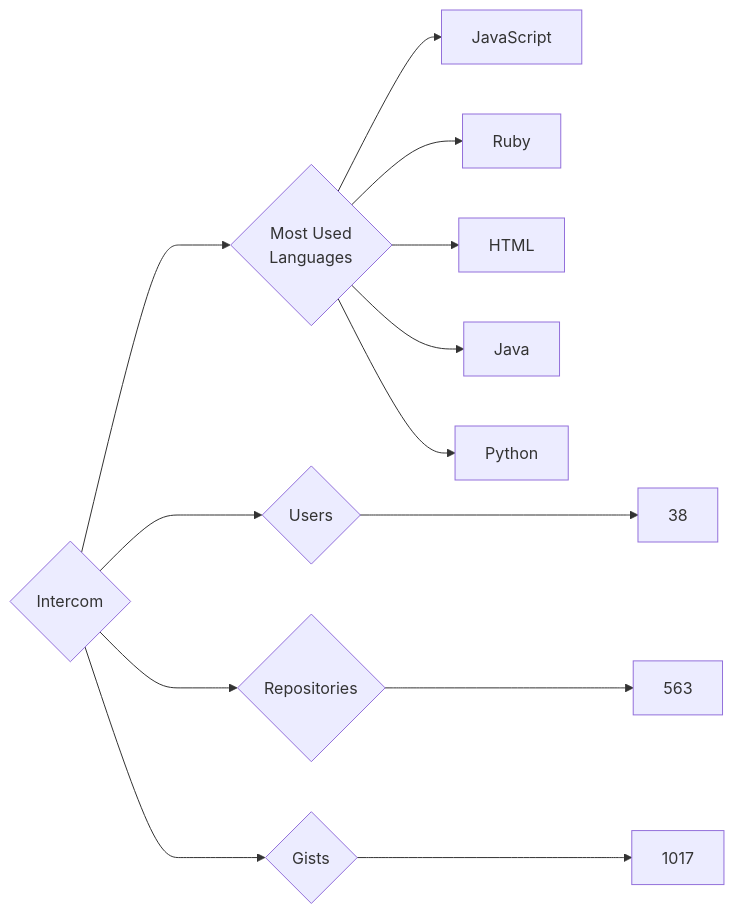
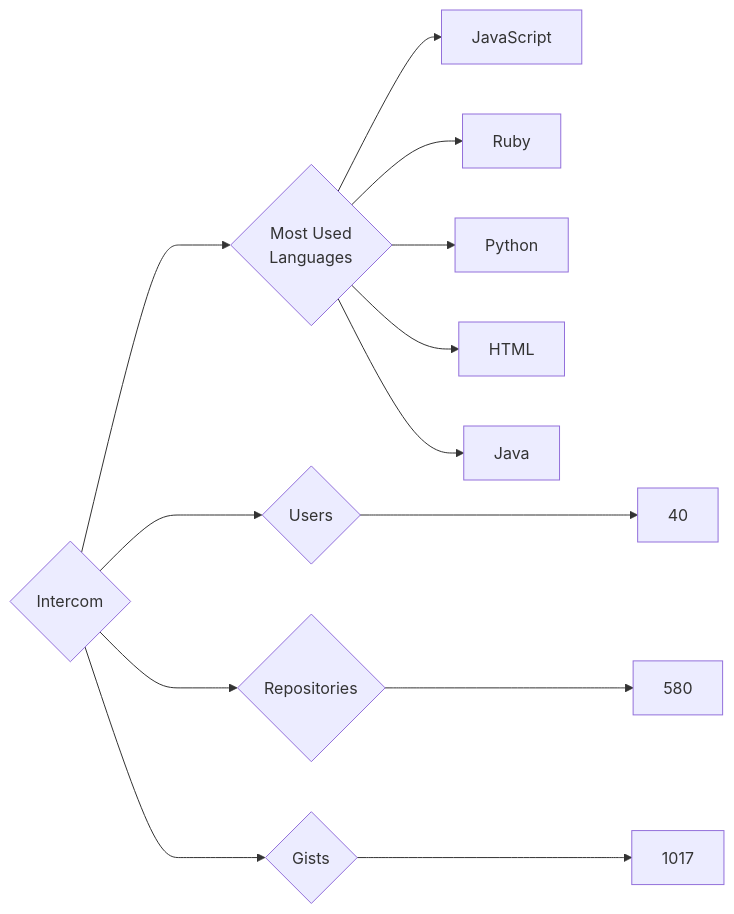
The diagram in targets/Intercom/README.md (trickest/insiders), drawn with Mermaid before and after one commit. The commit also changed 682 other files, not shown here.

````diff
--- a/targets/Intercom/README.md
+++ b/targets/Intercom/README.md
@@ -3,13 +3,13 @@
 ```mermaid
 graph LR
 COMPANY_NAME{Intercom}
-COMPANY_NAME ---> U{Users} ---> UN[38]
-COMPANY_NAME ---> R{Repositories} ---> RN[563]
+COMPANY_NAME ---> U{Users} ---> UN[40]
+COMPANY_NAME ---> R{Repositories} ---> RN[580]
 COMPANY_NAME ---> G{Gists} ---> GN[1017]
 COMPANY_NAME ---> ML{Most Used<br>Languages}
 ML --> JavaScript[JavaScript]
 ML --> Ruby[Ruby]
+ML --> Python[Python]
 ML --> HTML[HTML]
 ML --> Java[Java]
-ML --> Python[Python]
 ```
````
